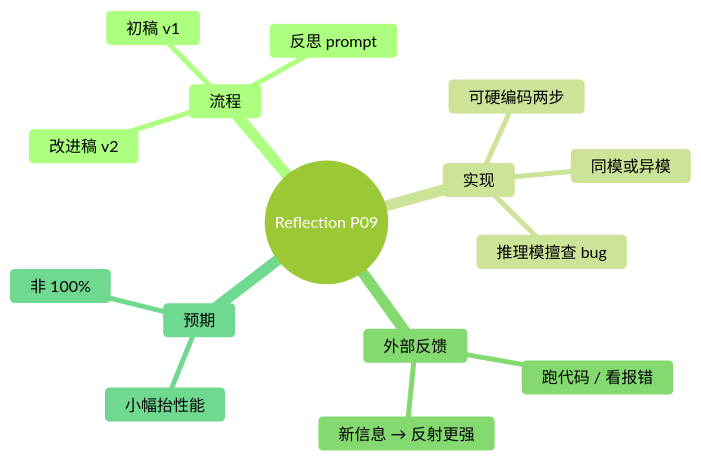
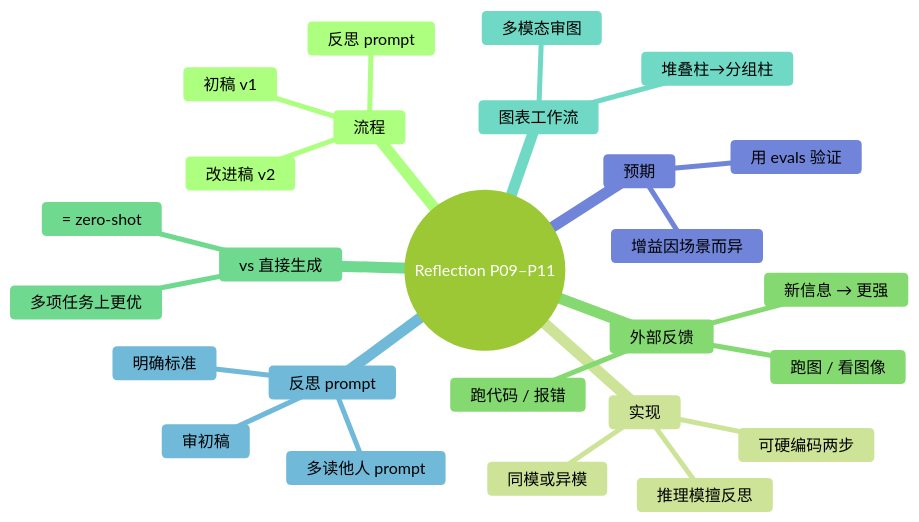
Diagram 42 of 42 in 3 学习笔记/11_Agent/02_Agentic.md (xiyan517/MyObsidian), drawn with Mermaid (forest theme) before and after one commit. The commit also changed other lines of this file and 3 other files, not shown here.

````diff
--- a/3 学习笔记/11_Agent/02_Agentic.md
+++ b/3 学习笔记/11_Agent/02_Agentic.md
@@ -883,18 +1055,29 @@
 ```mermaid
 mindmap
-  root((Reflection P09))
+  root((Reflection P09–P11))
     流程
       初稿 v1
       反思 prompt
       改进稿 v2
     实现
       可硬编码两步
       同模或异模
-      推理模擅查 bug
+      推理模擅反思
     外部反馈
-      跑代码 / 看报错
-      新信息 → 反射更强
+      跑代码 / 报错
+      跑图 / 看图像
+      新信息 → 更强
+    vs 直接生成
+      = zero-shot
+      多项任务上更优
+    图表工作流
+      多模态审图
+      堆叠柱→分组柱
+    反思 prompt
+      审初稿
+      明确标准
+      多读他人 prompt
     预期
-      小幅抬性能
-      非 100%
+      增益因场景而异
+      用 evals 验证
 ```
````
